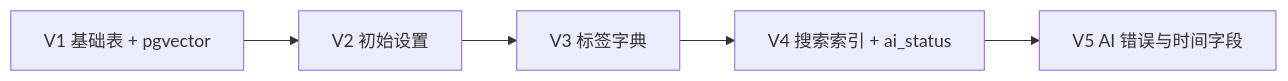
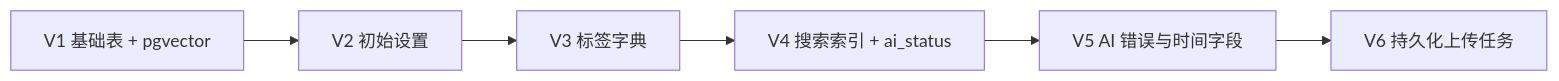
Before and after one commit to tamakara/bakabooru: the third of 3 diagrams in docs/data-model.md, drawn with Mermaid. The commit also changed other lines of this file and 31 other files, not shown here.

````diff
--- a/docs/data-model.md
+++ b/docs/data-model.md
@@ -115,7 +136,8 @@
 ```mermaid
 flowchart LR
     V1["V1 基础表 + pgvector"] --> V2["V2 初始设置"]
     V2 --> V3["V3 标签字典"]
     V3 --> V4["V4 搜索索引 + ai_status"]
     V4 --> V5["V5 AI 错误与时间字段"]
+    V5 --> V6["V6 持久化上传任务"]
 ```
````
